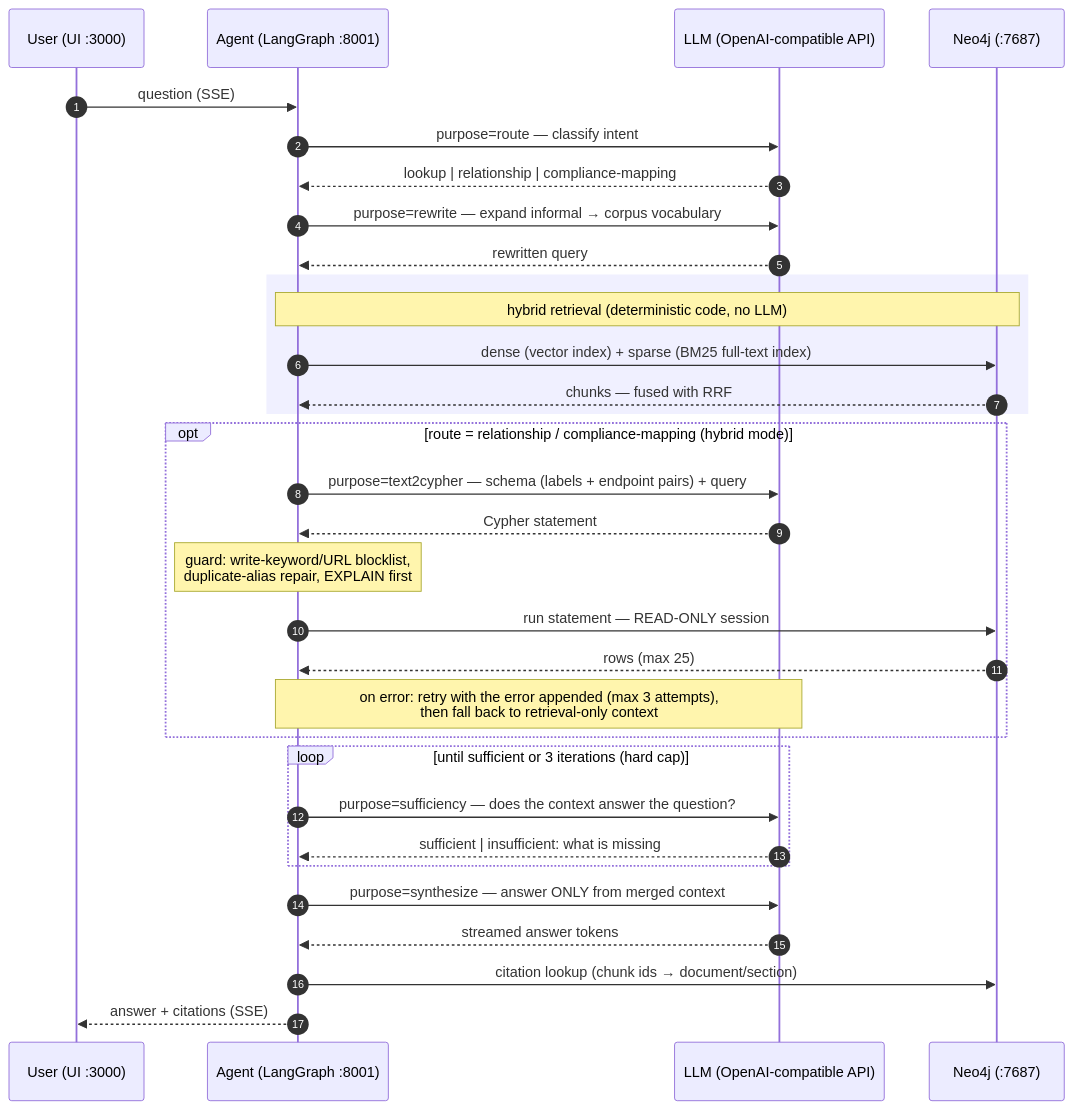
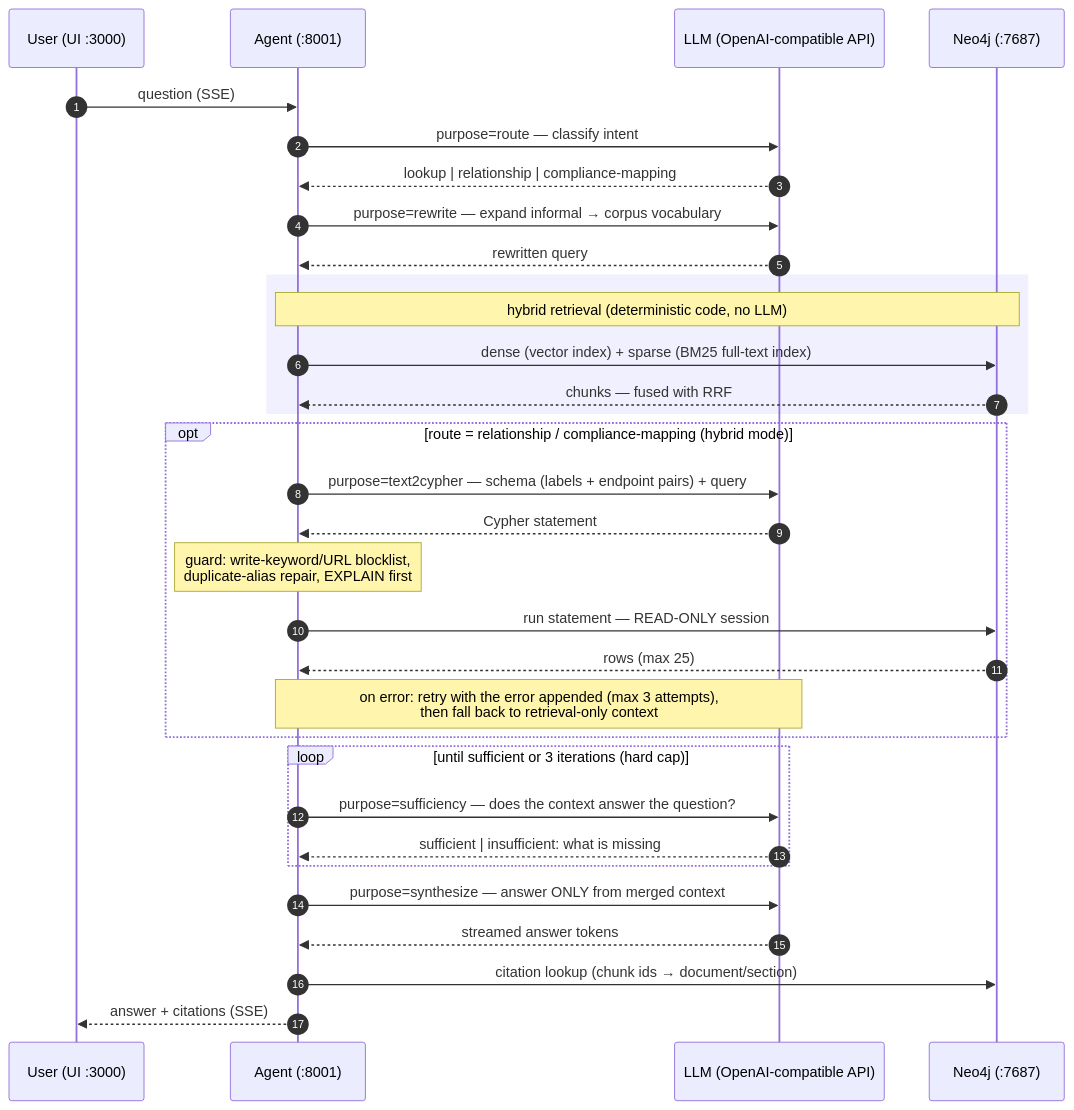
The second of 2 diagrams in README.md (tomconn/graphrag), drawn with Mermaid before and after one commit. The commit also changed other lines of this file and 4 other files, not shown here.

First line of the commit message:
Genericize Agent references in diagrams and explanations

````diff
--- a/README.md
+++ b/README.md
@@ -114,39 +114,39 @@
 ```mermaid
 sequenceDiagram
     autonumber
     participant U as User (UI :3000)
-    participant A as Agent (LangGraph :8001)
+    participant A as Agent (:8001)
     participant L as LLM (OpenAI-compatible API)
     participant N as Neo4j (:7687)
 
     U->>A: question (SSE)
     A->>L: purpose=route — classify intent
     L-->>A: lookup | relationship | compliance-mapping
     A->>L: purpose=rewrite — expand informal → corpus vocabulary
     L-->>A: rewritten query
 
     rect rgb(240, 240, 255)
         note over A,N: hybrid retrieval (deterministic code, no LLM)
         A->>N: dense (vector index) + sparse (BM25 full-text index)
         N-->>A: chunks — fused with RRF
     end
 
     opt route = relationship / compliance-mapping (hybrid mode)
         A->>L: purpose=text2cypher — schema (labels + endpoint pairs) + query
         L-->>A: Cypher statement
         note over A: guard: write-keyword/URL blocklist,<br/>duplicate-alias repair, EXPLAIN first
         A->>N: run statement — READ-ONLY session
         N-->>A: rows (max 25)
         note over A,L: on error: retry with the error appended (max 3 attempts),<br/>then fall back to retrieval-only context
     end
 
     loop until sufficient or 3 iterations (hard cap)
         A->>L: purpose=sufficiency — does the context answer the question?
         L-->>A: sufficient | insufficient: what is missing
     end
 
     A->>L: purpose=synthesize — answer ONLY from merged context
     L-->>A: streamed answer tokens
     A->>N: citation lookup (chunk ids → document/section)
     A-->>U: answer + citations (SSE)
 ```
````
